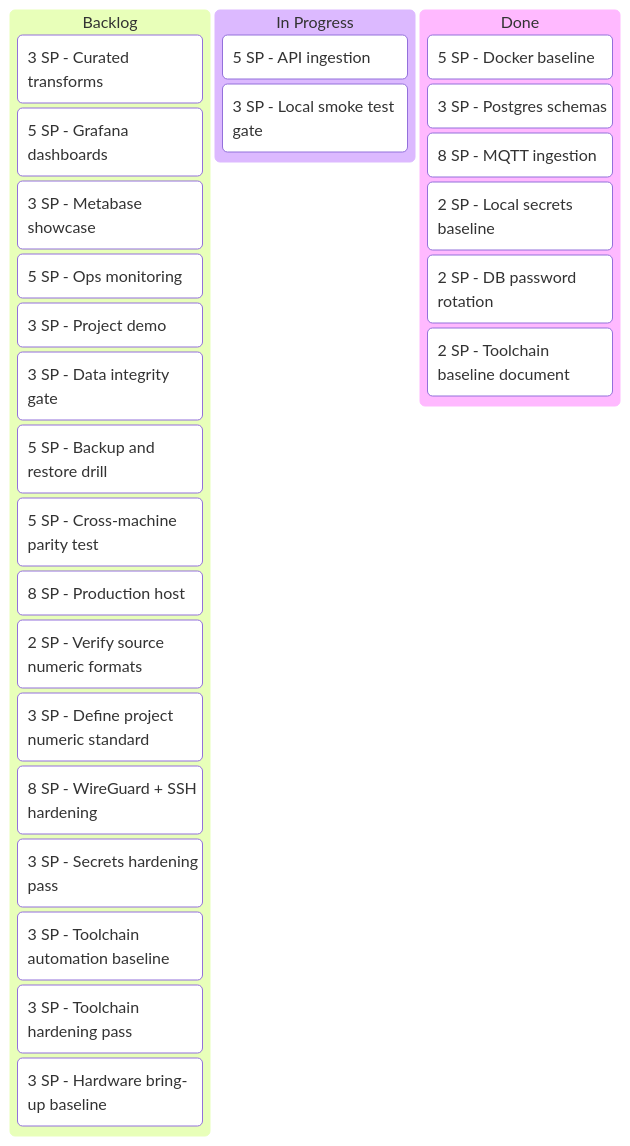
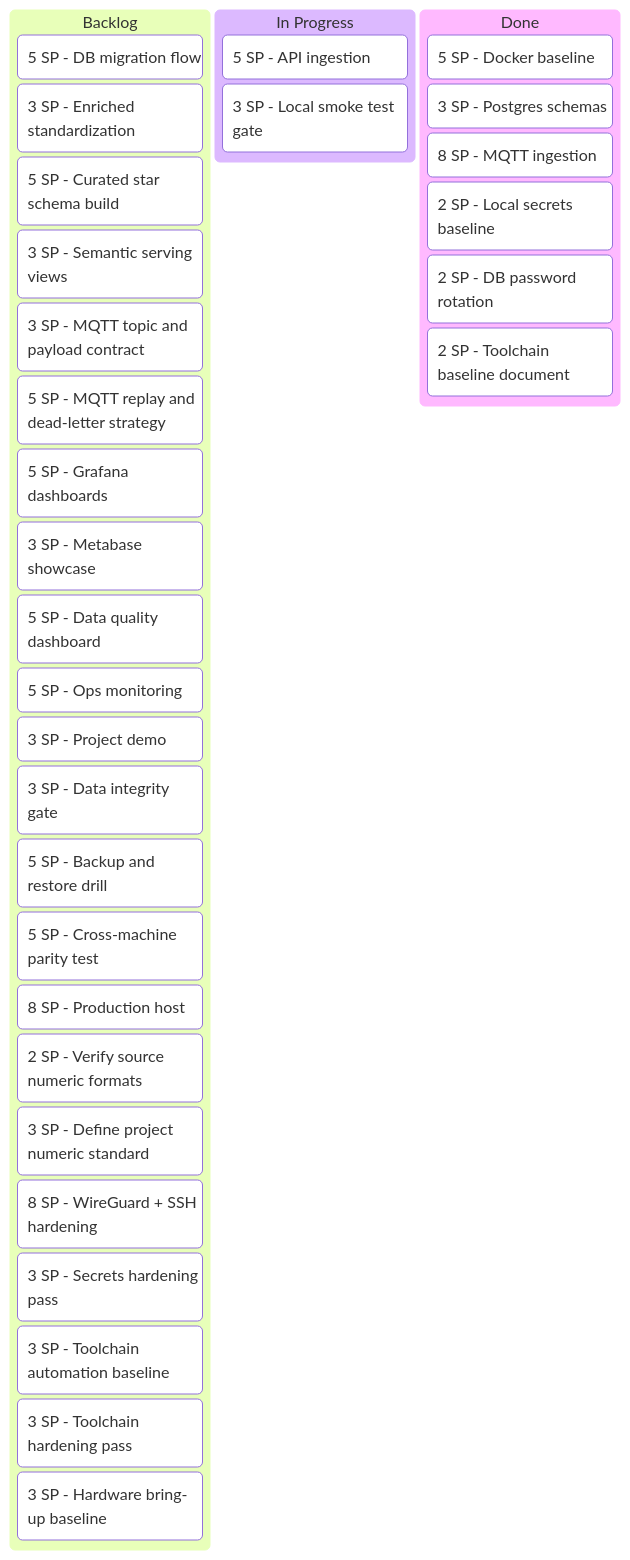
Before and after one commit to EnTekLasse/commons-anchor: the diagram in docs/architecture/diagrams/project-kanban.mmd, drawn with Mermaid. The commit also changed 8 other files, not shown here.

First line of the commit message:
feat: evolve warehouse architecture and harden Mermaid validation

```diff
--- a/docs/architecture/diagrams/project-kanban.mmd
+++ b/docs/architecture/diagrams/project-kanban.mmd
@@ -1,52 +1,64 @@
 %% AUTO-GENERATED FROM docs/architecture/diagram-model.json
 kanban
   Backlog
-    [3 SP - Curated transforms]
+    [5 SP - DB migration flow]
+
+    [3 SP - Enriched standardization]
+
+    [5 SP - Curated star schema build]
+
+    [3 SP - Semantic serving views]
+
+    [3 SP - MQTT topic and payload contract]
+
+    [5 SP - MQTT replay and dead-letter strategy]
 
     [5 SP - Grafana dashboards]
 
     [3 SP - Metabase showcase]
+
+    [5 SP - Data quality dashboard]
 
     [5 SP - Ops monitoring]
 
     [3 SP - Project demo]
 
     [3 SP - Data integrity gate]
 
     [5 SP - Backup and restore drill]
 
     [5 SP - Cross-machine parity test]
 
     [8 SP - Production host]
 
     [2 SP - Verify source numeric formats]
 
     [3 SP - Define project numeric standard]
 
     [8 SP - WireGuard + SSH hardening]
 
     [3 SP - Secrets hardening pass]
 
     [3 SP - Toolchain automation baseline]
 
     [3 SP - Toolchain hardening pass]
 
     [3 SP - Hardware bring-up baseline]
 
   [In Progress]
     [5 SP - API ingestion]
 
     [3 SP - Local smoke test gate]
 
   Done
     [5 SP - Docker baseline]
 
     [3 SP - Postgres schemas]
 
     [8 SP - MQTT ingestion]
 
     [2 SP - Local secrets baseline]
 
     [2 SP - DB password rotation]
 
     [2 SP - Toolchain baseline document]
```
